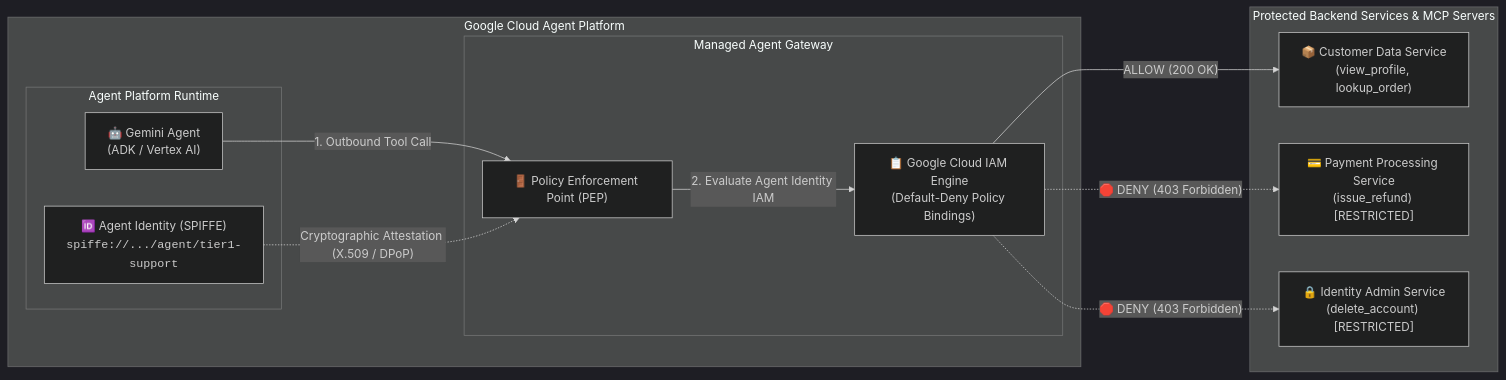
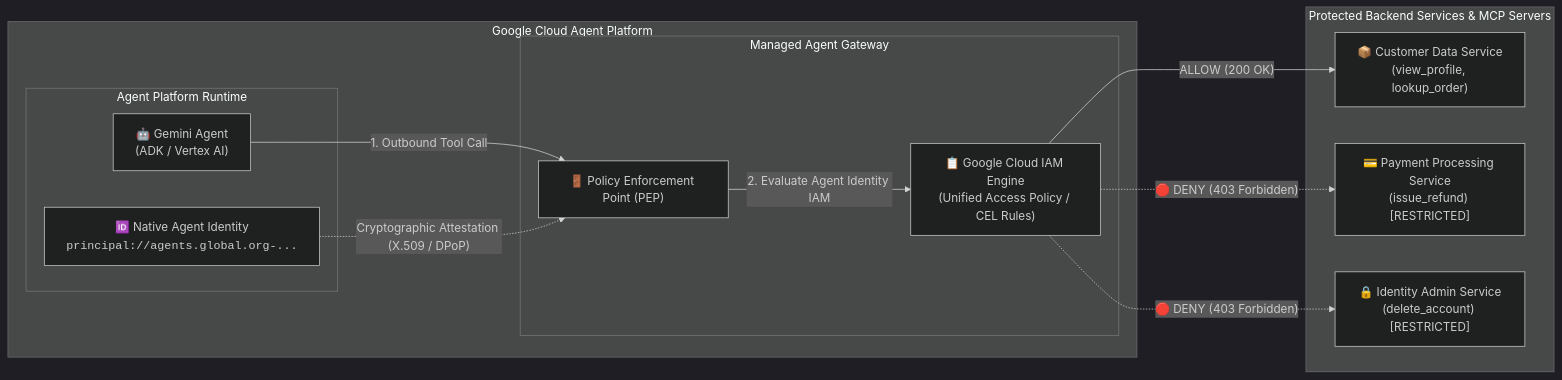
One commit to jamesmeyergithub/agent-gateway changed the first of 2 diagrams in README.md. Above: the diagram before and after it, drawn with Mermaid (dark theme). The commit also changed other lines of this file, not shown here.

Commit message:
docs(readme): replace local role matrix with Google Cloud IAM Unified Access Policy matrix

````diff
--- a/README.md
+++ b/README.md
@@ -20,27 +20,27 @@
 ```mermaid
 flowchart LR
     subgraph PlatformLayer["Google Cloud Agent Platform"]
         subgraph Runtime["Agent Platform Runtime"]
             Agent["🤖 Gemini Agent<br/>(ADK / Vertex AI)"]
-            Identity["🆔 Agent Identity (SPIFFE)<br/><code>spiffe://.../agent/tier1-support</code>"]
+            Identity["🆔 Native Agent Identity<br/><code>principal://agents.global.org-...</code>"]
         end
 
         subgraph Gateway["Managed Agent Gateway"]
             PEP["🚪 Policy Enforcement Point (PEP)"]
-            IAM["📋 Google Cloud IAM Engine<br/>(Default-Deny Policy Bindings)"]
+            IAM["📋 Google Cloud IAM Engine<br/>(Unified Access Policy / CEL Rules)"]
         end
     end
 
     subgraph BackendLayer["Protected Backend Services & MCP Servers"]
         CRM["📦 Customer Data Service<br/>(view_profile, lookup_order)"]
         Billing["💳 Payment Processing Service<br/>(issue_refund) [RESTRICTED]"]
         Auth["🔒 Identity Admin Service<br/>(delete_account) [RESTRICTED]"]
     end
 
     Agent -->|"1. Outbound Tool Call"| PEP
     Identity -.->|"Cryptographic Attestation (X.509 / DPoP)"| PEP
     PEP -->|"2. Evaluate Agent Identity IAM"| IAM
     IAM -->|"ALLOW (200 OK)"| CRM
     IAM -.->|"🛑 DENY (403 Forbidden)"| Billing
     IAM -.->|"🛑 DENY (403 Forbidden)"| Auth
 ```
````
